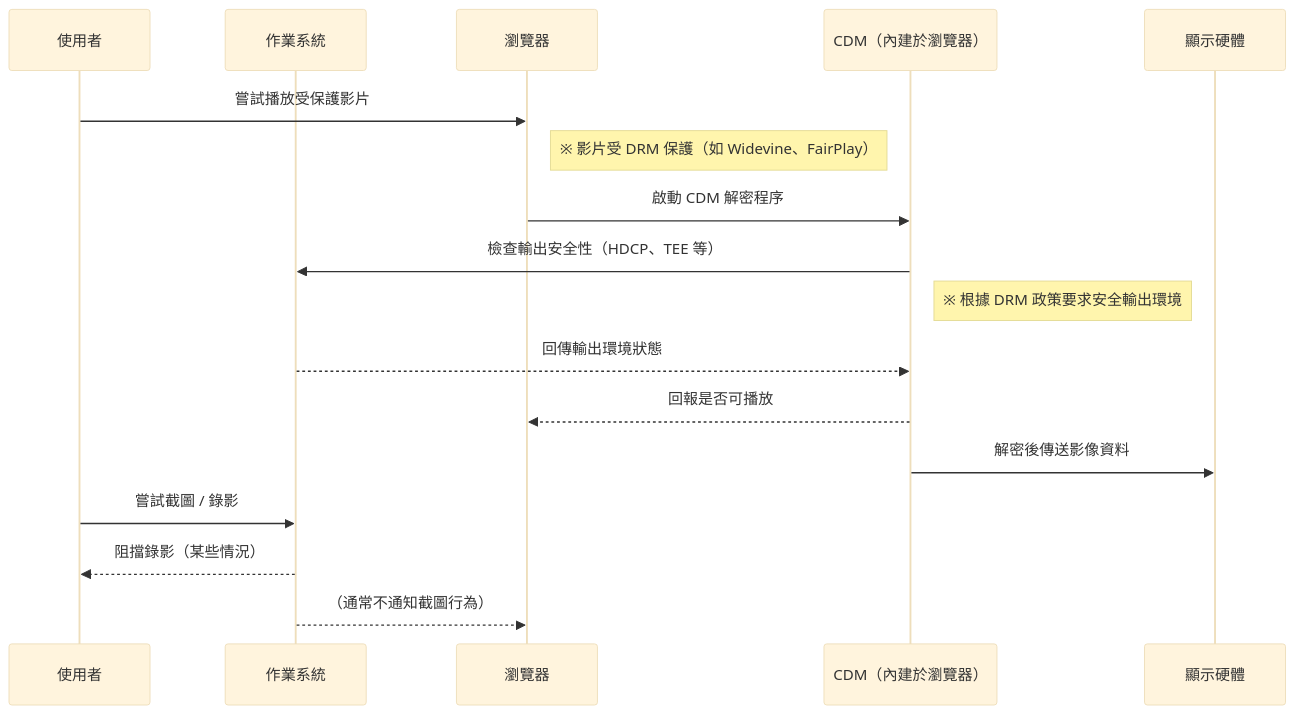
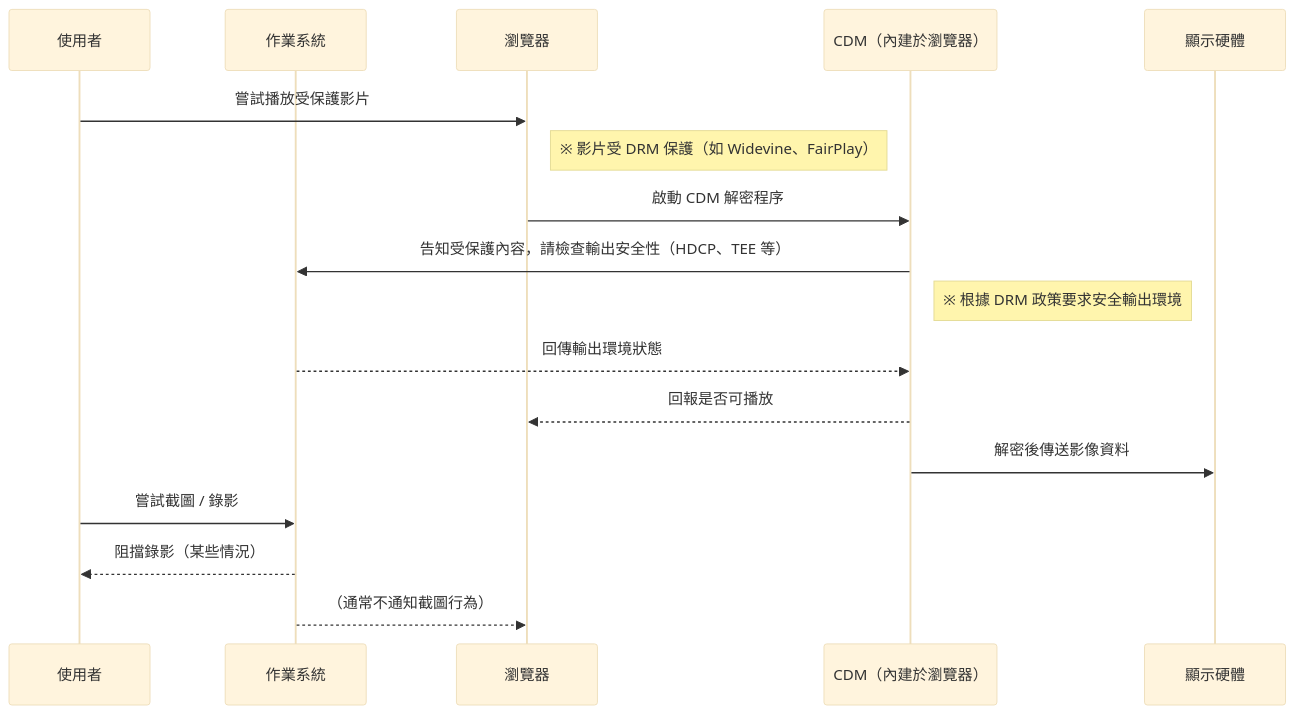
Before and after one commit to chanryTW/DrmDemo: the second of 2 diagrams in README.md, drawn with Mermaid (base theme).

Commit message:
修正 README 中的 DRM 相關內容，明確說明 CDM 與作業系統之間的交互過程

````diff
--- a/README.md
+++ b/README.md
@@ -143,24 +143,23 @@
 ```mermaid
 sequenceDiagram
     participant 使用者
     participant 作業系統
     participant 瀏覽器
     participant CDM（內建於瀏覽器）
     participant 顯示硬體
 
     使用者->>瀏覽器: 嘗試播放受保護影片
     note right of 瀏覽器: ※ 影片受 DRM 保護（如 Widevine、FairPlay）
 
     瀏覽器->>CDM（內建於瀏覽器）: 啟動 CDM 解密程序
-    CDM（內建於瀏覽器）->>作業系統: 檢查輸出安全性（HDCP、TEE 等）
+    CDM（內建於瀏覽器）->>作業系統: 告知受保護內容，請檢查輸出安全性（HDCP、TEE 等）
     note right of CDM（內建於瀏覽器）: ※ 根據 DRM 政策要求安全輸出環境
 
     作業系統-->>CDM（內建於瀏覽器）: 回傳輸出環境狀態
     CDM（內建於瀏覽器）-->>瀏覽器: 回報是否可播放
     CDM（內建於瀏覽器）->>顯示硬體: 解密後傳送影像資料
 
     使用者->>作業系統: 嘗試截圖 / 錄影
     作業系統-->>使用者: 阻擋錄影（某些情況）
     作業系統-->>瀏覽器: （通常不通知截圖行為）
-
 ```
````
